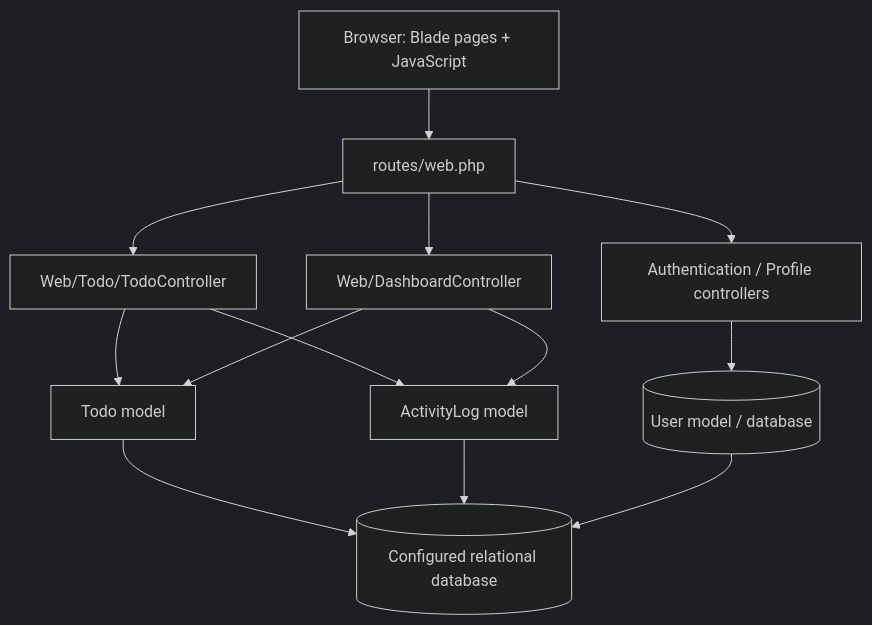
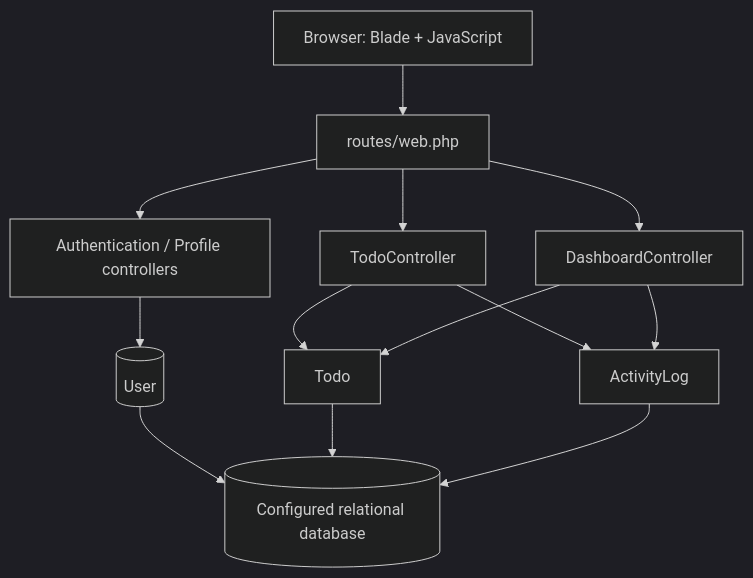
One commit to imandodo01/Tymetry-web changed the diagram in ARCHITECTURE.md. Above: the diagram before and after it, drawn with Mermaid (dark theme). The commit also changed other lines of this file, not shown here.

Commit message:
docs: simplify architecture overview and link review notes

````diff
--- a/ARCHITECTURE.md
+++ b/ARCHITECTURE.md
@@ -11,15 +11,15 @@
 ```mermaid
 flowchart TD
-    Browser[Browser: Blade pages + JavaScript] --> Routes[ routes/web.php ]
+    Browser[Browser: Blade + JavaScript] --> Routes[routes/web.php]
     Routes --> Auth[Authentication / Profile controllers]
-    Routes --> Todo[Web/Todo/TodoController]
-    Routes --> Dashboard[Web/DashboardController]
-    Auth --> User[(User model / database)]
-    Todo --> TodoModel[Todo model]
-    Todo --> Activity[ActivityLog model]
+    Routes --> Todo[TodoController]
+    Routes --> Dashboard[DashboardController]
+    Auth --> User[(User)]
+    Todo --> TodoModel[Todo]
+    Todo --> Activity[ActivityLog]
     Dashboard --> TodoModel
     Dashboard --> Activity
-    TodoModel --> DB[(Configured relational database)]
+    User --> DB[(Configured relational database)]
+    TodoModel --> DB
     Activity --> DB
-    User --> DB
 ```
````
